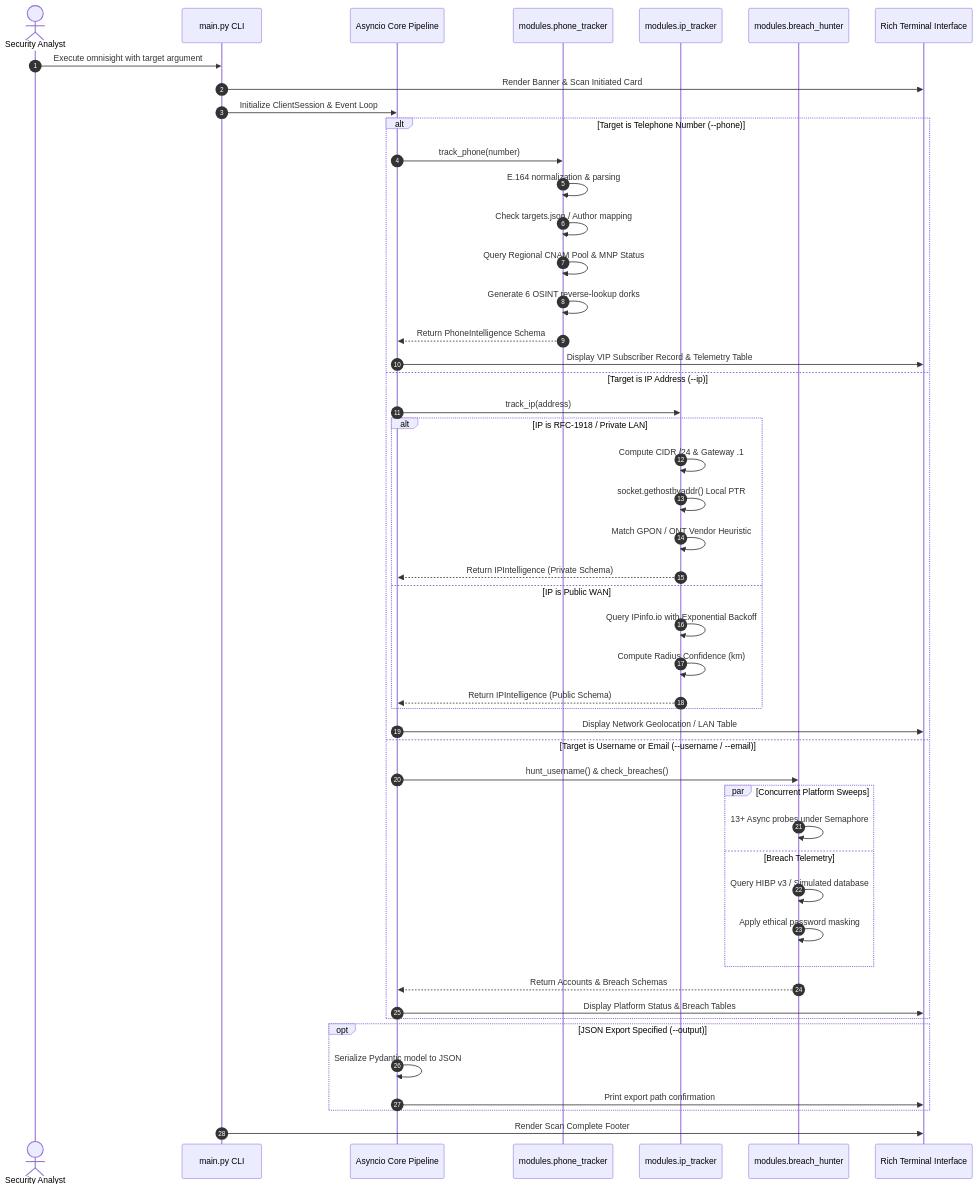
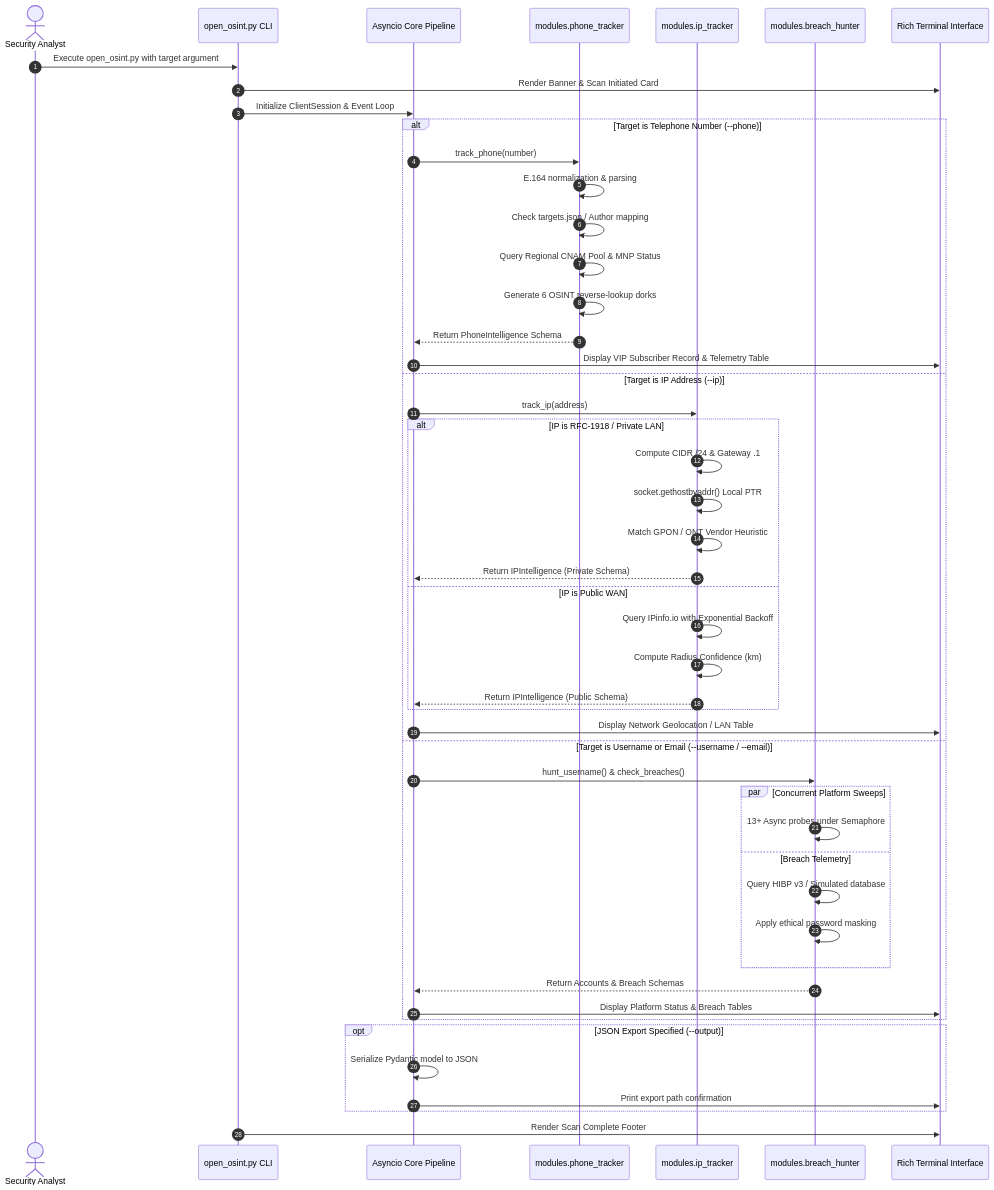
Before and after one commit to Hacker-World-boop/OmniSight-OSINT: the second of 5 diagrams in README.md, drawn with Mermaid. The commit also changed other lines of this file and 9 other files, not shown here.

Commit message:
feat: migrate entry point to open_osint.py for Linux, sanitize author identity to inaam kaleem, remove emojis and academic references

````diff
--- a/README.md
+++ b/README.md
@@ -106,55 +107,55 @@
 ```mermaid
 sequenceDiagram
     autonumber
     actor Analyst as Security Analyst
-    participant CLI as main.py CLI
+    participant CLI as open_osint.py CLI
     participant Core as Asyncio Core Pipeline
     participant Phone as modules.phone_tracker
     participant IP as modules.ip_tracker
     participant Breach as modules.breach_hunter
     participant UI as Rich Terminal Interface
 
-    Analyst->>CLI: Execute omnisight with target argument
+    Analyst->>CLI: Execute open_osint.py with target argument
     CLI->>UI: Render Banner & Scan Initiated Card
     CLI->>Core: Initialize ClientSession & Event Loop
 
     alt Target is Telephone Number (--phone)
         Core->>Phone: track_phone(number)
         Phone->>Phone: E.164 normalization & parsing
         Phone->>Phone: Check targets.json / Author mapping
         Phone->>Phone: Query Regional CNAM Pool & MNP Status
         Phone->>Phone: Generate 6 OSINT reverse-lookup dorks
         Phone-->>Core: Return PhoneIntelligence Schema
         Core->>UI: Display VIP Subscriber Record & Telemetry Table
     else Target is IP Address (--ip)
         Core->>IP: track_ip(address)
         alt IP is RFC-1918 / Private LAN
             IP->>IP: Compute CIDR /24 & Gateway .1
             IP->>IP: socket.gethostbyaddr() Local PTR
             IP->>IP: Match GPON / ONT Vendor Heuristic
             IP-->>Core: Return IPIntelligence (Private Schema)
         else IP is Public WAN
             IP->>IP: Query IPinfo.io with Exponential Backoff
             IP->>IP: Compute Radius Confidence (km)
             IP-->>Core: Return IPIntelligence (Public Schema)
         end
         Core->>UI: Display Network Geolocation / LAN Table
     else Target is Username or Email (--username / --email)
         Core->>Breach: hunt_username() & check_breaches()
         par Concurrent Platform Sweeps
             Breach->>Breach: 13+ Async probes under Semaphore
         and Breach Telemetry
             Breach->>Breach: Query HIBP v3 / Simulated database
             Breach->>Breach: Apply ethical password masking
         end
         Breach-->>Core: Return Accounts & Breach Schemas
         Core->>UI: Display Platform Status & Breach Tables
     end
 
     opt JSON Export Specified (--output)
         Core->>Core: Serialize Pydantic model to JSON
         Core->>UI: Print export path confirmation
     end
 
     CLI->>UI: Render Scan Complete Footer
 ```
````
